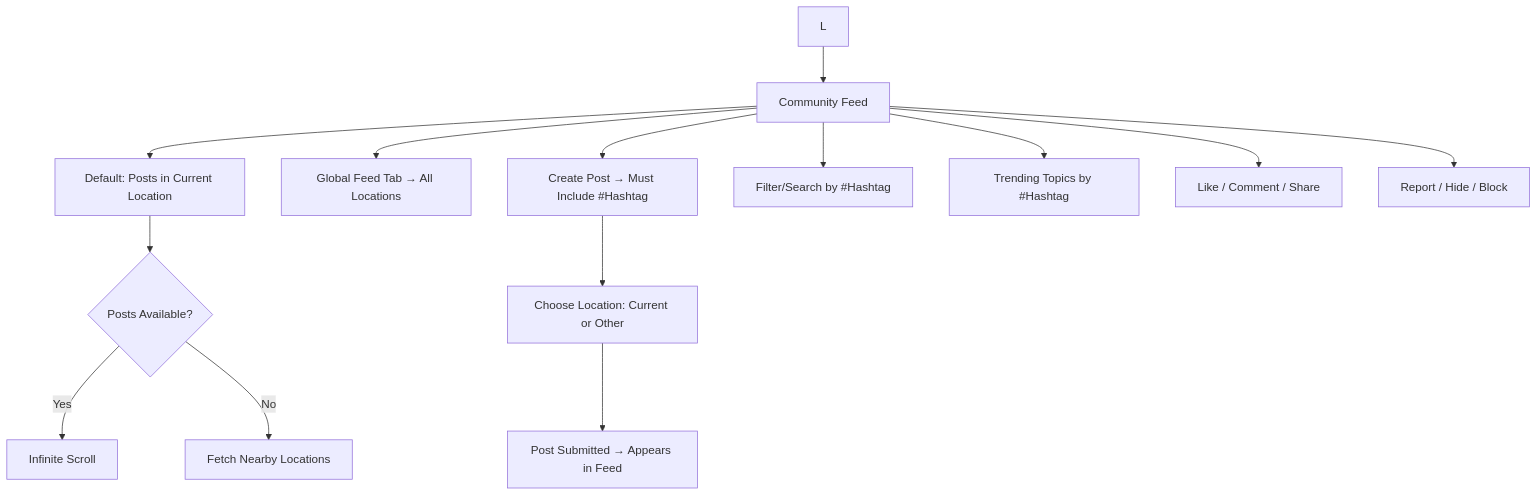
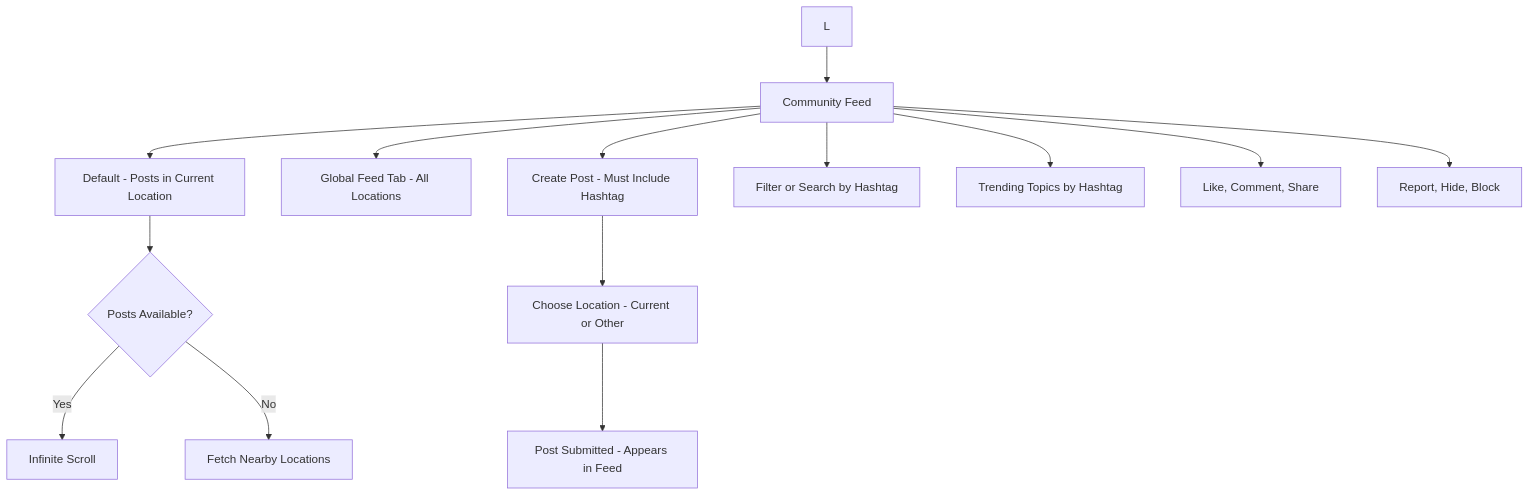
The second of 5 diagrams in nxtup_new_userflows.md (SrikanthKoti/nxtup_design), drawn with Mermaid before and after one commit. The commit also changed other lines of this file, not shown here.

````diff
--- a/nxtup_new_userflows.md
+++ b/nxtup_new_userflows.md
@@ -41,26 +41,26 @@
 ```mermaid
 flowchart TD
   L --> CF[Community Feed]
 
   %% Feed Logic
-  CF --> CF1[Default: Posts in Current Location]
+  CF --> CF1[Default - Posts in Current Location]
   CF1 --> CF2{Posts Available?}
   CF2 -- Yes --> CF3[Infinite Scroll]
   CF2 -- No --> CF4[Fetch Nearby Locations]
 
   %% Global Feed
-  CF --> GF[Global Feed Tab → All Locations]
+  CF --> GF[Global Feed Tab - All Locations]
 
   %% Posting
-  CF --> P1["Create Post → Must Include #Hashtag"]
-  P1 --> P2[Choose Location: Current or Other]
-  P2 --> P3[Post Submitted → Appears in Feed]
+  CF --> P1[Create Post - Must Include Hashtag]
+  P1 --> P2[Choose Location - Current or Other]
+  P2 --> P3[Post Submitted - Appears in Feed]
 
   %% Hashtags
-  CF --> H1[Filter/Search by #Hashtag]
-  CF --> H2[Trending Topics by #Hashtag]
+  CF --> H1[Filter or Search by Hashtag]
+  CF --> H2[Trending Topics by Hashtag]
 
   %% Interactions
-  CF --> I1[Like / Comment / Share]
-  CF --> I2[Report / Hide / Block]
+  CF --> I1[Like, Comment, Share]
+  CF --> I2[Report, Hide, Block]
 ```
````
